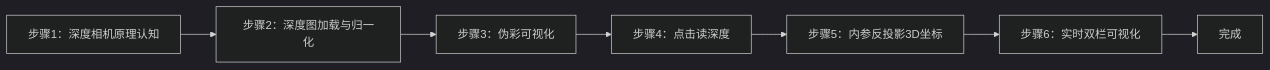
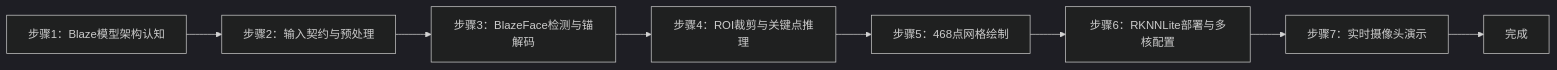
One commit to aibittek/course_generate_agent changed the first of 9 diagrams in courses/sheet1/robot_vision/_parts/experiment-8.md. Above: the diagram before and after it, drawn with Mermaid (dark theme). The commit also changed other lines of this file and 98 other files, not shown here.

````diff
--- a/courses/sheet1/robot_vision/_parts/experiment-8.md
+++ b/courses/sheet1/robot_vision/_parts/experiment-8.md
@@ -85,9 +78,10 @@
 ```mermaid
 graph LR
-    A[步骤1：深度相机原理认知] --> B[步骤2：深度图加载与归一化]
-    B --> C[步骤3：伪彩可视化]
-    C --> D[步骤4：点击读深度]
-    D --> E[步骤5：内参反投影3D坐标]
-    E --> F[步骤6：实时双栏可视化]
-    F --> G[完成]
+    A[步骤1：Blaze模型架构认知] --> B[步骤2：输入契约与预处理]
+    B --> C[步骤3：BlazeFace检测与锚解码]
+    C --> D[步骤4：ROI裁剪与关键点推理]
+    D --> E[步骤5：468点网格绘制]
+    E --> F[步骤6：RKNNLite部署与多核配置]
+    F --> G[步骤7：实时摄像头演示]
+    G --> H[完成]
 ```
````
